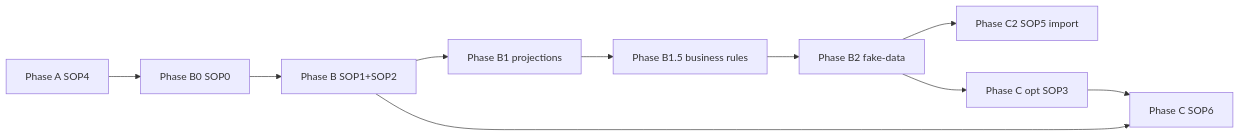
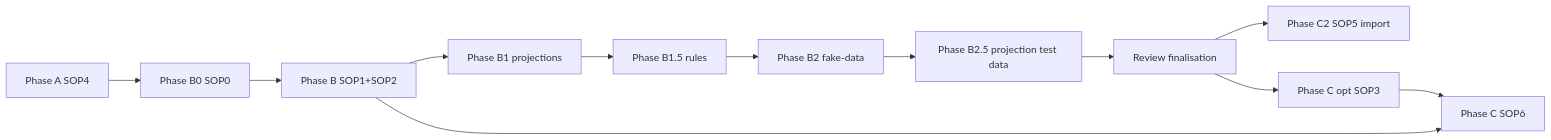
One commit to mindflight-orchestrator/starter-kit-ghostcrab-perso changed the diagram in starterkit/personal-mcp/ROUTE_MAP.md. Above: the diagram before and after it, drawn with Mermaid. The commit also changed other lines of this file and 18 other files, not shown here.

````diff
--- a/starterkit/personal-mcp/ROUTE_MAP.md
+++ b/starterkit/personal-mcp/ROUTE_MAP.md
@@ -35,12 +37,14 @@
 ```mermaid
 flowchart LR
   SOP4[Phase A SOP4] --> SOP0[Phase B0 SOP0]
   SOP0 --> SOP1B[Phase B SOP1+SOP2]
   SOP1B --> SOP1proj[Phase B1 projections]
-  SOP1proj --> SOP15rules[Phase B1.5 business rules]
+  SOP1proj --> SOP15rules[Phase B1.5 rules]
   SOP15rules --> SOP2fake[Phase B2 fake-data]
-  SOP2fake --> SOP5C2[Phase C2 SOP5 import]
-  SOP2fake --> SOP3[Phase C opt SOP3]
+  SOP2fake --> SOP25[Phase B2.5 projection test data]
+  SOP25 --> REVIEW[Review finalisation]
+  REVIEW --> SOP5C2[Phase C2 SOP5 import]
+  REVIEW --> SOP3[Phase C opt SOP3]
   SOP1B --> SOP6[Phase C SOP6]
   SOP3 --> SOP6
 ```
````
